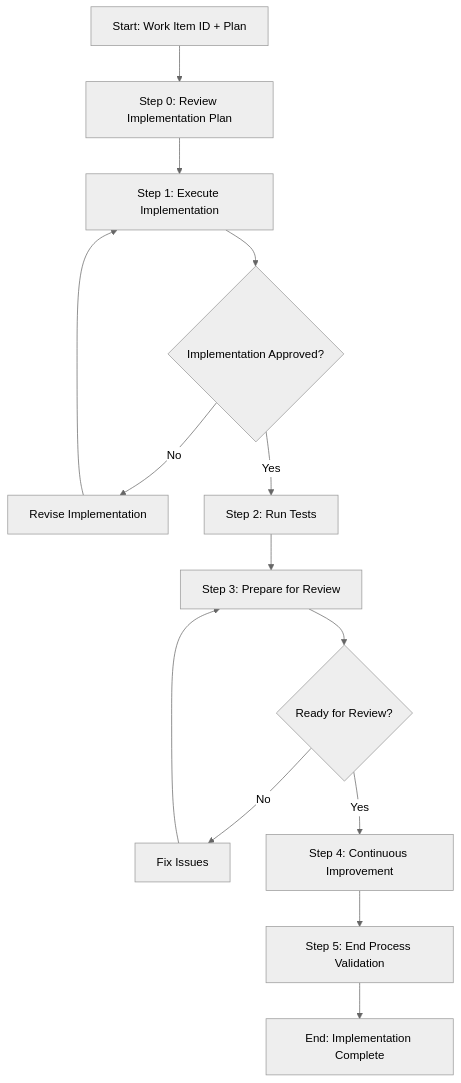
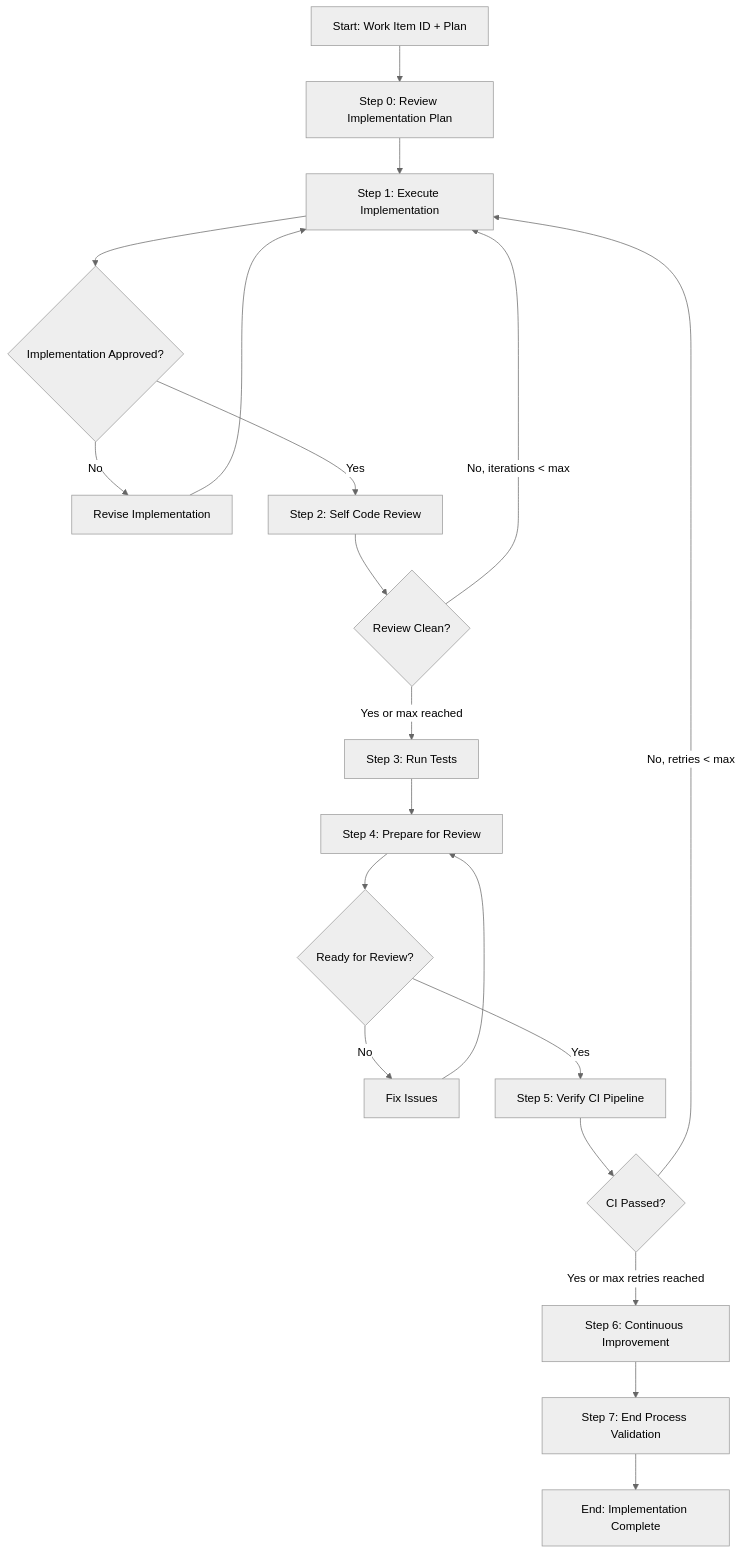
One commit to HMTools/agentic-processes-templates changed the diagram in templates/processes/sdlc/implement-work-item/implement-work-item.md. Above: the diagram before and after it, drawn with Mermaid (neutral theme). The commit also changed other lines of this file and 6 other files, not shown here.

First line of the commit message:
feat: Enhance implement-work-item with iterative self-review and CI verification

````diff
--- a/templates/processes/sdlc/implement-work-item/implement-work-item.md
+++ b/templates/processes/sdlc/implement-work-item/implement-work-item.md
@@ -27,16 +30,22 @@
 ```mermaid
 flowchart TD
     A[Start: Work Item ID + Plan] --> B[Step 0: Review Implementation Plan]
     B --> C[Step 1: Execute Implementation]
     C --> D{Implementation Approved?}
     D -->|No| E[Revise Implementation]
     E --> C
-    D -->|Yes| F[Step 2: Run Tests]
-    F --> G[Step 3: Prepare for Review]
-    G --> H{Ready for Review?}
-    H -->|No| I[Fix Issues]
-    I --> G
-    H -->|Yes| J[Step 4: Continuous Improvement]
-    J --> K[Step 5: End Process Validation]
-    K --> L[End: Implementation Complete]
+    D -->|Yes| F[Step 2: Self Code Review]
+    F --> G{Review Clean?}
+    G -->|No, iterations < max| C
+    G -->|Yes or max reached| H[Step 3: Run Tests]
+    H --> I[Step 4: Prepare for Review]
+    I --> J{Ready for Review?}
+    J -->|No| K[Fix Issues]
+    K --> I
+    J -->|Yes| L[Step 5: Verify CI Pipeline]
+    L --> M{CI Passed?}
+    M -->|No, retries < max| C
+    M -->|Yes or max retries reached| N[Step 6: Continuous Improvement]
+    N --> O[Step 7: End Process Validation]
+    O --> P[End: Implementation Complete]
 ```
````
